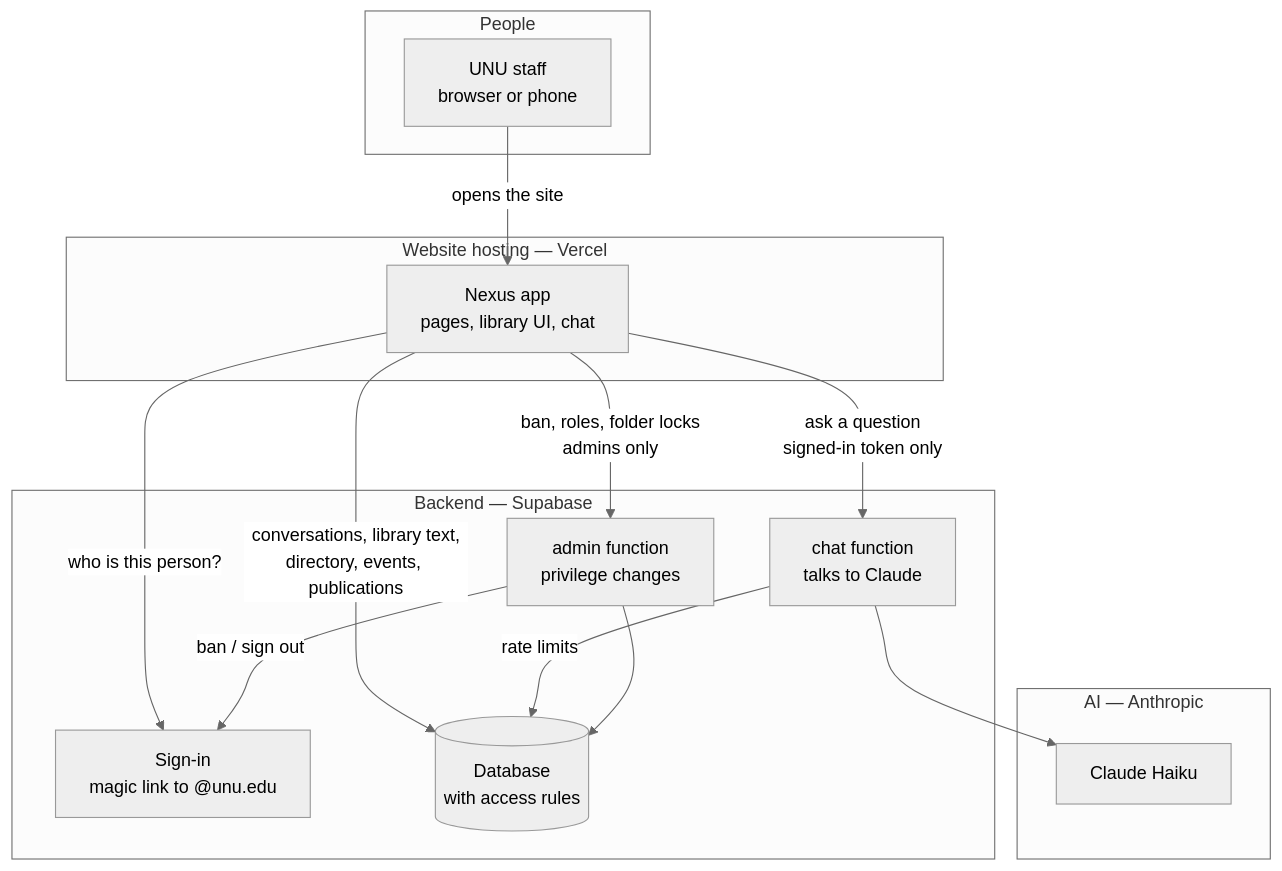
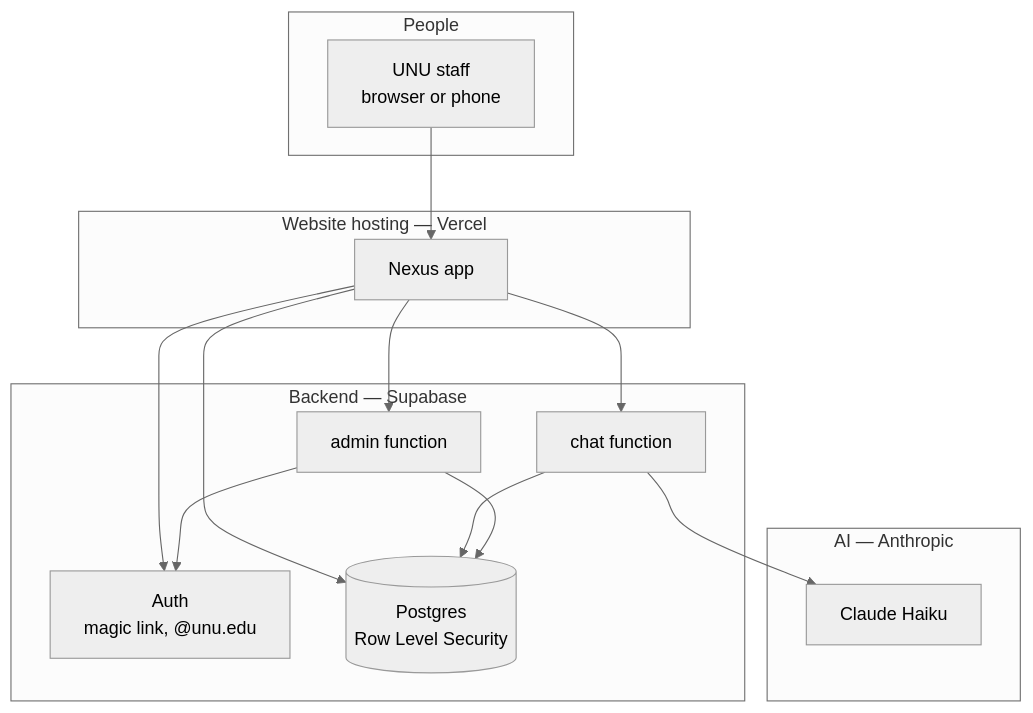
The first of 5 diagrams in README.md (SirKaiwade/UNU_Nexus), drawn with Mermaid (neutral theme) before and after one commit. The commit also changed other lines of this file and 7 other files, not shown here.

````diff
--- a/README.md
+++ b/README.md
@@ -62,31 +204,31 @@
 ```mermaid
 flowchart TB
   subgraph People["People"]
     S["UNU staff<br/>browser or phone"]
   end
 
   subgraph Hosting["Website hosting — Vercel"]
-    APP["Nexus app<br/>pages, library UI, chat"]
+    APP["Nexus app"]
   end
 
   subgraph Platform["Backend — Supabase"]
-    AUTH["Sign-in<br/>magic link to @unu.edu"]
-    DB[("Database<br/>with access rules")]
-    CHAT["chat function<br/>talks to Claude"]
-    ADMIN["admin function<br/>privilege changes"]
+    AUTH["Auth<br/>magic link, @unu.edu"]
+    DB[("Postgres<br/>Row Level Security")]
+    CHAT["chat function"]
+    ADMIN["admin function"]
   end
 
   subgraph Model["AI — Anthropic"]
     CLAUDE["Claude Haiku"]
   end
 
-  S -->|"opens the site"| APP
-  APP -->|"who is this person?"| AUTH
-  APP -->|"conversations, library text,<br/>directory, events, publications"| DB
-  APP -->|"ask a question<br/>signed-in token only"| CHAT
-  APP -->|"ban, roles, folder locks<br/>admins only"| ADMIN
+  S --> APP
+  APP --> AUTH
+  APP --> DB
+  APP --> CHAT
+  APP --> ADMIN
   CHAT --> CLAUDE
-  CHAT -->|"rate limits"| DB
+  CHAT --> DB
   ADMIN --> DB
-  ADMIN -->|"ban / sign out"| AUTH
+  ADMIN --> AUTH
 ```
````
